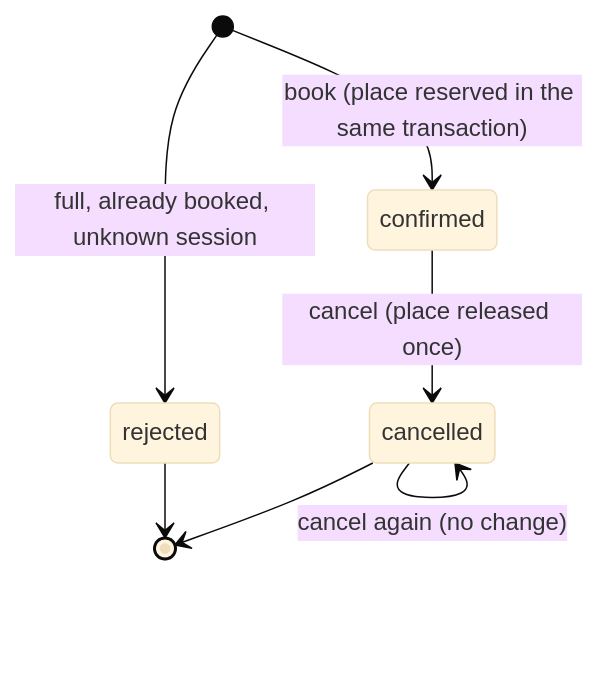
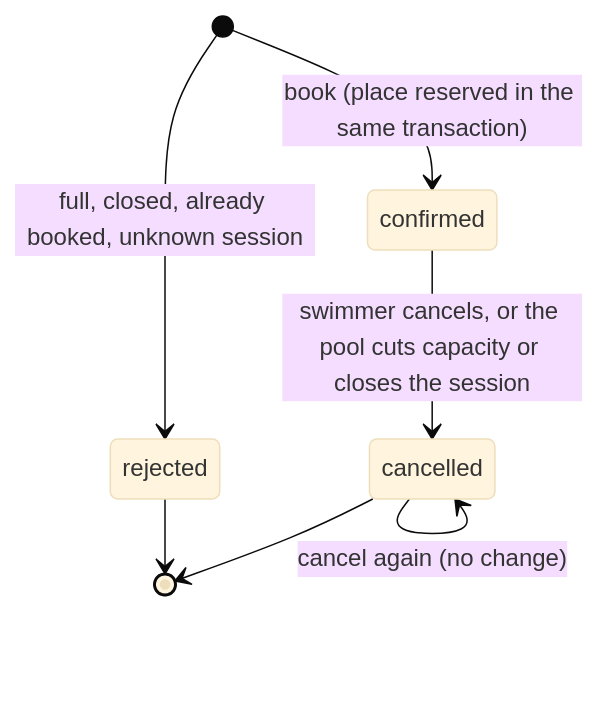
Diagram 11 of 19 in docs/architecture.md (ashutosharma2/SwimSync), drawn with Mermaid (base theme) before and after one commit. The commit also changed other lines of this file and 1 other file, not shown here.

First line of the commit message:
Docs: operator capacity changes in the README and a new architecture section; drill B and the frontend drawn as built

````diff
--- a/docs/architecture.md
+++ b/docs/architecture.md
@@ -247,9 +324,9 @@
 ```mermaid
 stateDiagram-v2
     [*] --> confirmed: book (place reserved in the same transaction)
-    [*] --> rejected: full, already booked, unknown session
-    confirmed --> cancelled: cancel (place released once)
+    [*] --> rejected: full, closed, already booked, unknown session
+    confirmed --> cancelled: swimmer cancels, or the pool cuts capacity or closes the session
     cancelled --> cancelled: cancel again (no change)
     rejected --> [*]
     cancelled --> [*]
 ```
````
